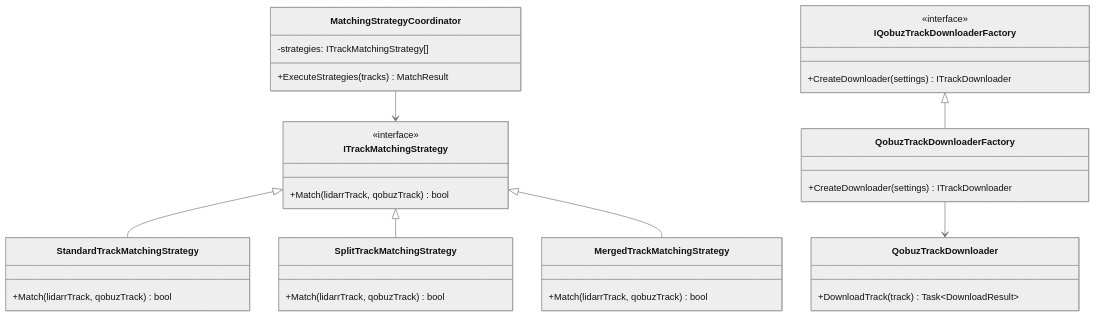
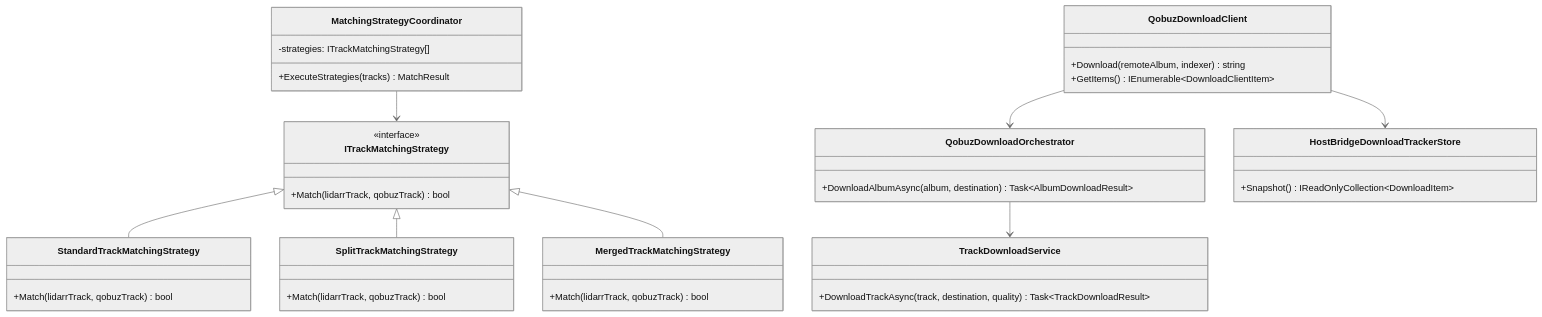
Before and after one commit to RicherTunes/Qobuzarr: the ninth of 25 diagrams in docs/ARCHITECTURE.md, drawn with Mermaid (neutral theme). The commit also changed other lines of this file and 22 other files, not shown here.

Commit message:
refactor(download): remove legacy qobuz stream providers

````diff
--- a/docs/ARCHITECTURE.md
+++ b/docs/ARCHITECTURE.md
@@ -437,47 +437,52 @@
 ```mermaid
 classDiagram
     %% Strategy Pattern Example
     class ITrackMatchingStrategy {
         <<interface>>
         +Match(lidarrTrack, qobuzTrack) bool
     }
     
     class StandardTrackMatchingStrategy {
         +Match(lidarrTrack, qobuzTrack) bool
     }
     
     class SplitTrackMatchingStrategy {
         +Match(lidarrTrack, qobuzTrack) bool
     }
     
     class MergedTrackMatchingStrategy {
         +Match(lidarrTrack, qobuzTrack) bool
     }
     
     class MatchingStrategyCoordinator {
         -strategies: ITrackMatchingStrategy[]
         +ExecuteStrategies(tracks) MatchResult
     }
     
     ITrackMatchingStrategy <|-- StandardTrackMatchingStrategy
     ITrackMatchingStrategy <|-- SplitTrackMatchingStrategy
     ITrackMatchingStrategy <|-- MergedTrackMatchingStrategy
     MatchingStrategyCoordinator --> ITrackMatchingStrategy
     
-    %% Factory Pattern Example - IQobuzTrackDownloaderFactory, QobuzTrackDownloaderFactory, QobuzTrackDownloader not found in codebase as of 2026-05-31
-    class IQobuzTrackDownloaderFactory {
-        <<interface>>
-        +CreateDownloader(settings) ITrackDownloader
+    %% Download Pipeline Example
+    class QobuzDownloadClient {
+        +Download(remoteAlbum, indexer) string
+        +GetItems() IEnumerable~DownloadClientItem~
     }
-    
-    class QobuzTrackDownloaderFactory {
-        +CreateDownloader(settings) ITrackDownloader
+
+    class TrackDownloadService {
+        +DownloadTrackAsync(track, destination, quality) Task~TrackDownloadResult~
     }
-    
-    class QobuzTrackDownloader {
-        +DownloadTrack(track) Task~DownloadResult~
+
+    class QobuzDownloadOrchestrator {
+        +DownloadAlbumAsync(album, destination) Task~AlbumDownloadResult~
     }
-    
-    IQobuzTrackDownloaderFactory <|-- QobuzTrackDownloaderFactory
-    QobuzTrackDownloaderFactory --> QobuzTrackDownloader
+
+    class HostBridgeDownloadTrackerStore {
+        +Snapshot() IReadOnlyCollection~DownloadItem~
+    }
+
+    QobuzDownloadClient --> QobuzDownloadOrchestrator
+    QobuzDownloadOrchestrator --> TrackDownloadService
+    QobuzDownloadClient --> HostBridgeDownloadTrackerStore
 ```
````
